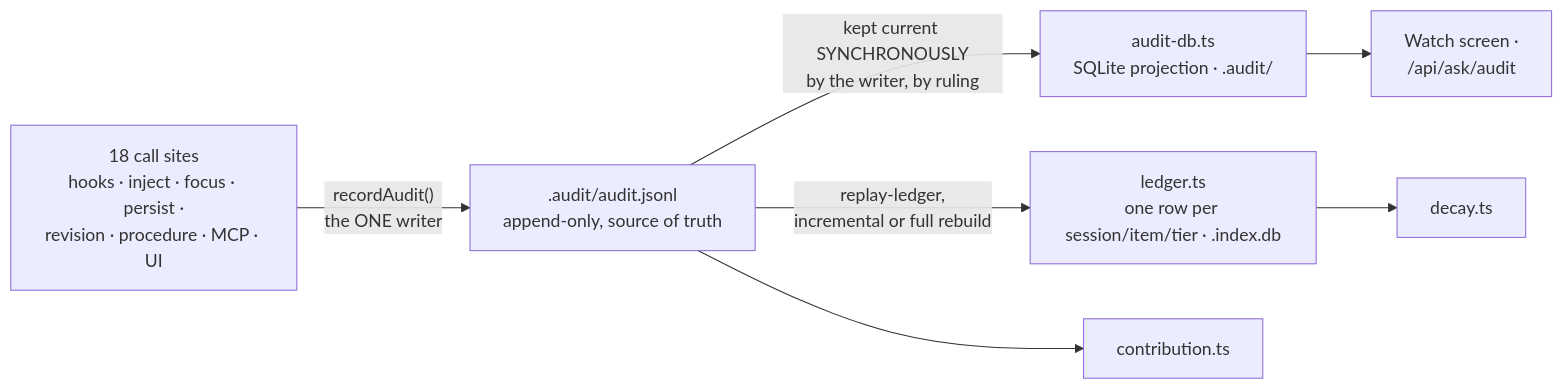
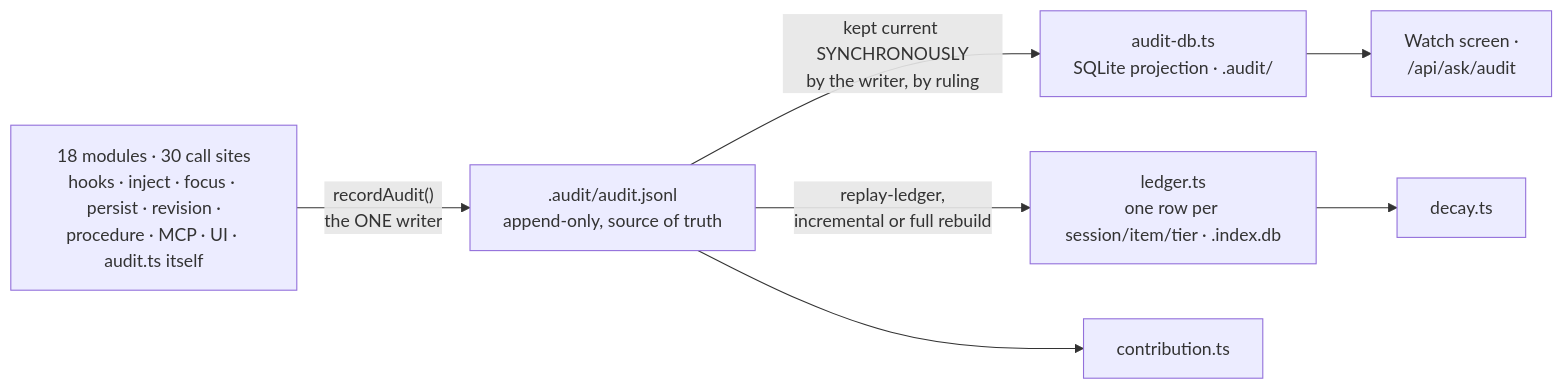
The diagram in docs/system/04-the-audit-log-decay-and-contribution.md (Dudi-Bar-On/my-context), drawn with Mermaid before and after one commit. The commit also changed other lines of this file and 7 other files, not shown here.

First line of the commit message:
the verifier's own correction was wrong too, and the diagram it held up as correct carried the error on an edge

````diff
--- a/docs/system/04-the-audit-log-decay-and-contribution.md
+++ b/docs/system/04-the-audit-log-decay-and-contribution.md
@@ -67,9 +74,9 @@
 ```mermaid
 flowchart LR
-  W["18 call sites<br/>hooks · inject · focus · persist ·<br/>revision · procedure · MCP · UI"] -->|"recordAudit()<br/>the ONE writer"| J[".audit/audit.jsonl<br/>append-only, source of truth"]
+  W["18 modules · 30 call sites<br/>hooks · inject · focus · persist · revision ·<br/>procedure · MCP · UI · audit.ts itself"] -->|"recordAudit()<br/>the ONE writer"| J[".audit/audit.jsonl<br/>append-only, source of truth"]
   J -->|"kept current SYNCHRONOUSLY<br/>by the writer, by ruling"| ADB["audit-db.ts<br/>SQLite projection · .audit/"]
   J -->|"replay-ledger,<br/>incremental or full rebuild"| LED["ledger.ts<br/>one row per session/item/tier · .index.db"]
   ADB --> WATCH["Watch screen ·<br/>/api/ask/audit"]
   LED --> DECAY["decay.ts"]
   J --> CONTRIB["contribution.ts"]
 ```
````
